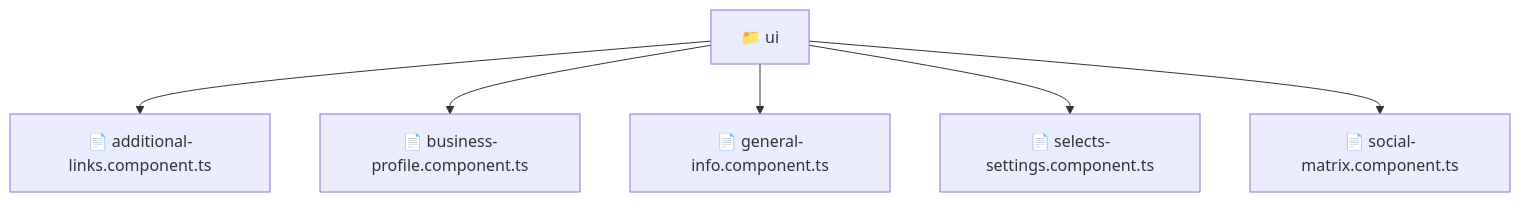
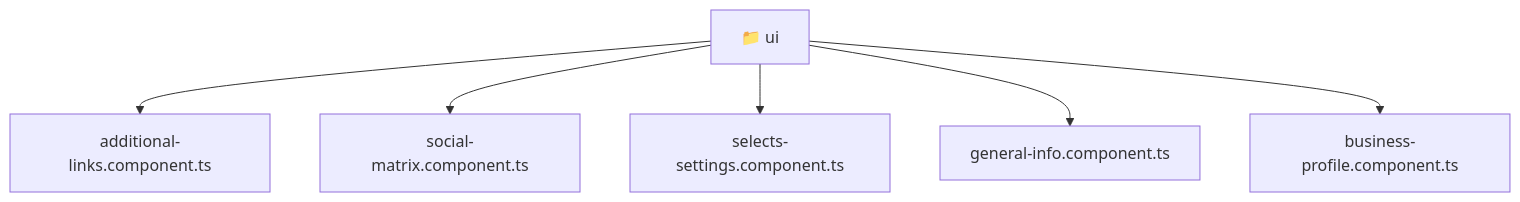
Before and after one commit to beginwebdev2002/fullstack-mavluda: the diagram in frontend/src/pages/settings/ui/README.md, drawn with Mermaid. The commit also changed other lines of this file and 167 other files, not shown here.

````diff
--- a/frontend/src/pages/settings/ui/README.md
+++ b/frontend/src/pages/settings/ui/README.md
@@ -11,9 +11,14 @@
 ```mermaid
 graph TD
-  Root["📁 ui"]
-  Root --> additional_links_component_ts["📄 additional-links.component.ts"]
-  Root --> business_profile_component_ts["📄 business-profile.component.ts"]
-  Root --> general_info_component_ts["📄 general-info.component.ts"]
-  Root --> selects_settings_component_ts["📄 selects-settings.component.ts"]
-  Root --> social_matrix_component_ts["📄 social-matrix.component.ts"]
+  Root_ui["📁 ui"]
+  f_additional_links_component_ts["additional-links.component.ts"]
+  Root_ui --> f_additional_links_component_ts
+  f_social_matrix_component_ts["social-matrix.component.ts"]
+  Root_ui --> f_social_matrix_component_ts
+  f_selects_settings_component_ts["selects-settings.component.ts"]
+  Root_ui --> f_selects_settings_component_ts
+  f_general_info_component_ts["general-info.component.ts"]
+  Root_ui --> f_general_info_component_ts
+  f_business_profile_component_ts["business-profile.component.ts"]
+  Root_ui --> f_business_profile_component_ts
 ```
````
